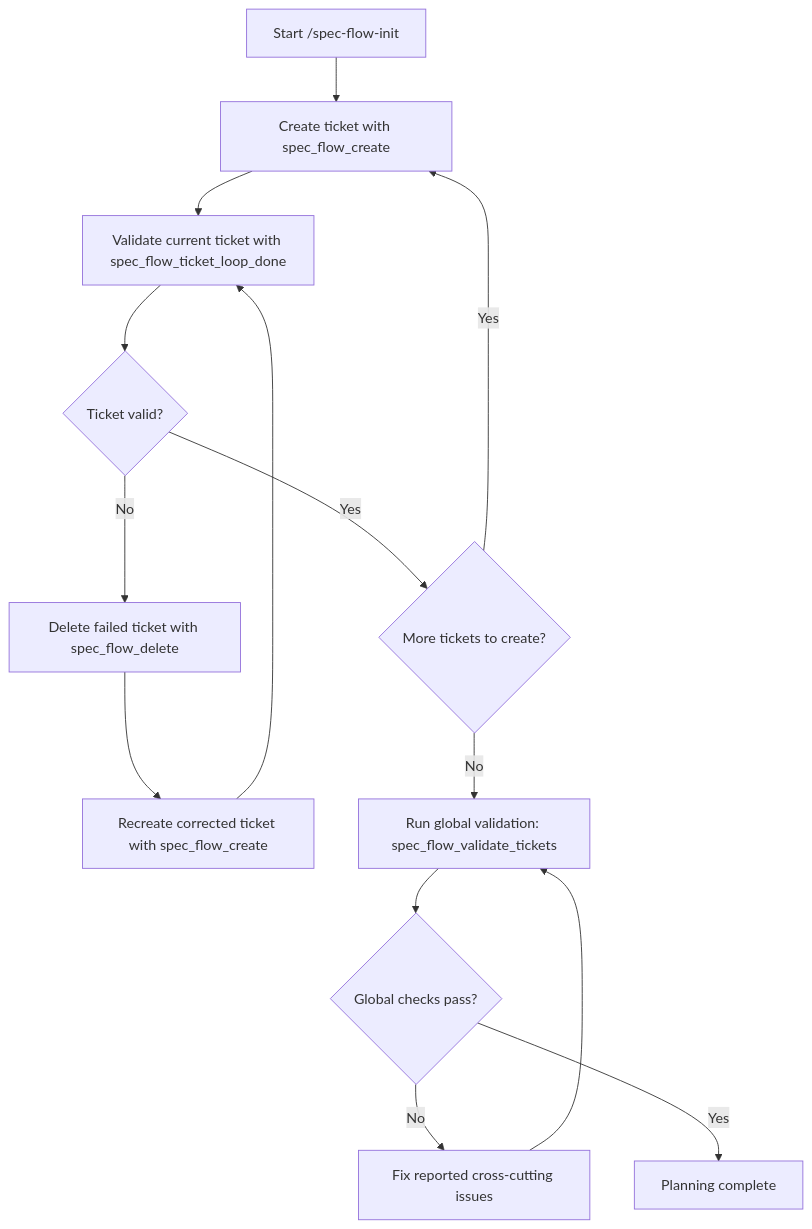
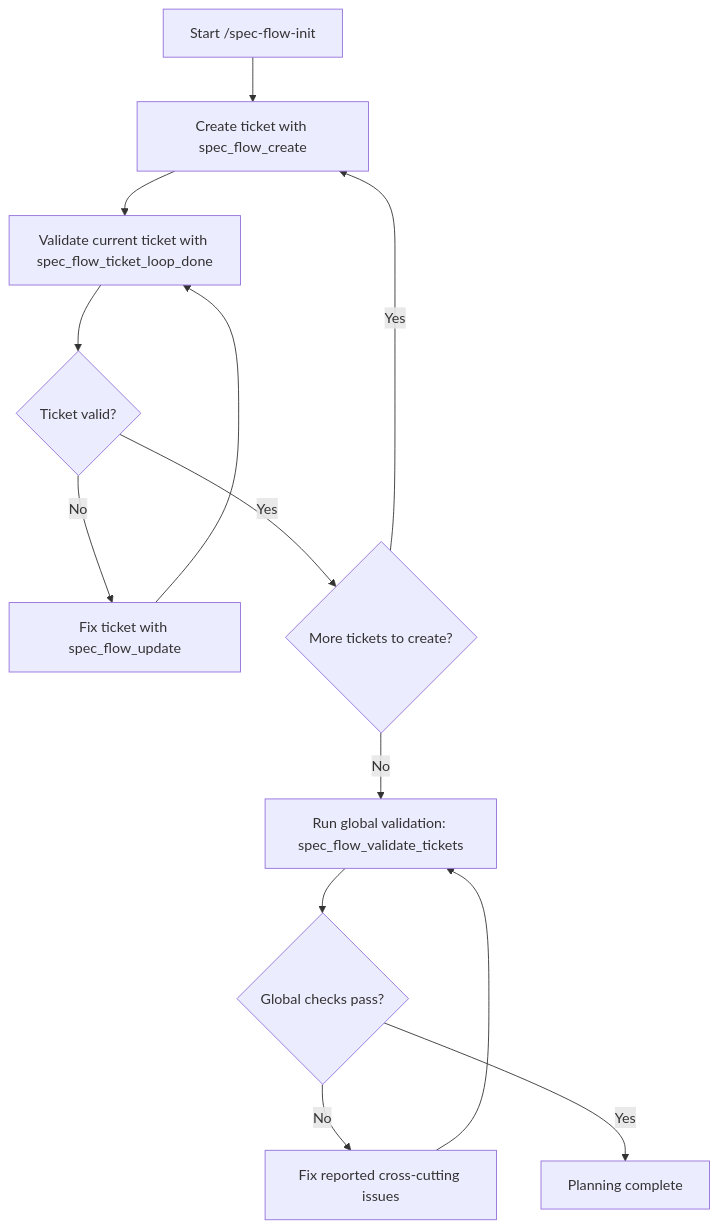
One commit to leandr0ck/pi-spec-flow changed the diagram in README.md. Above: the diagram before and after it, drawn with Mermaid. The commit also changed other lines of this file and 6 other files, not shown here.

````diff
--- a/README.md
+++ b/README.md
@@ -48,18 +96,15 @@
 ```mermaid
 flowchart TD
   A[Start /spec-flow-init] --> B[Create ticket with spec_flow_create]
   B --> C[Validate current ticket with spec_flow_ticket_loop_done]
   C --> D{Ticket valid?}
-
-  D -->|No| E[Delete failed ticket with spec_flow_delete]
-  E --> F[Recreate corrected ticket with spec_flow_create]
-  F --> C
-
+  D -->|No| E[Fix ticket with spec_flow_update]
+  E --> C
   D -->|Yes| G{More tickets to create?}
   G -->|Yes| B
   G -->|No| H[Run global validation: spec_flow_validate_tickets]
   H --> I{Global checks pass?}
   I -->|No| J[Fix reported cross-cutting issues]
   J --> H
   I -->|Yes| K[Planning complete]
 ```
````
